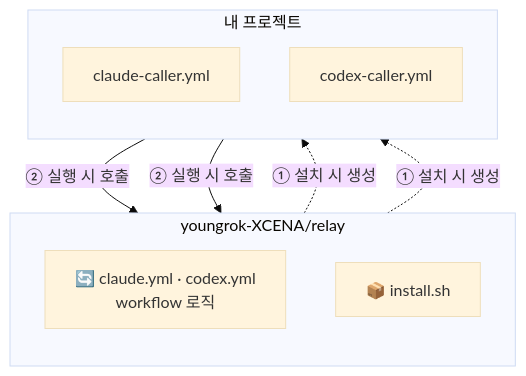
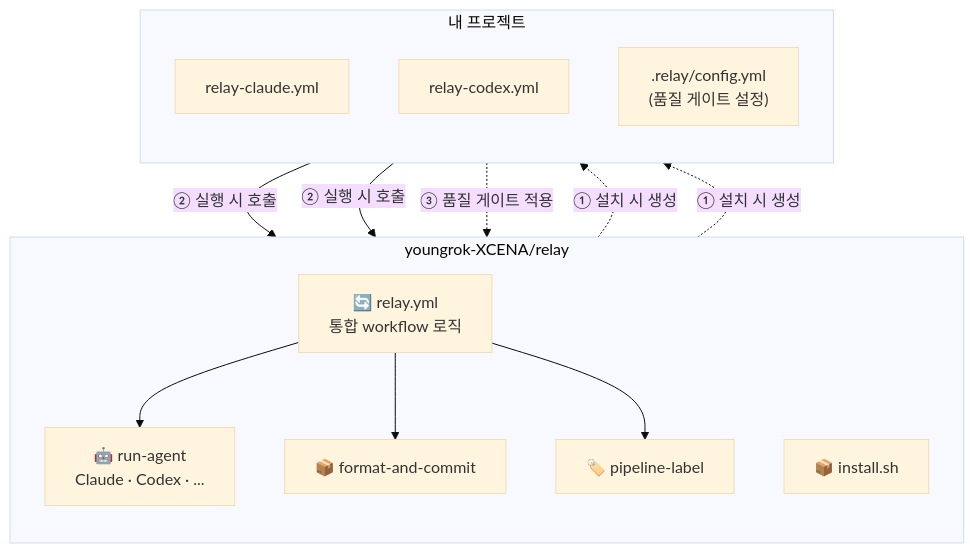
Before and after one commit to youngrok-XCENA/relay: the first of 2 diagrams in README.md, drawn with Mermaid (base theme). The commit also changed other lines of this file, not shown here.

````diff
--- a/README.md
+++ b/README.md
@@ -68,19 +68,27 @@
 ```mermaid
 graph TB
     subgraph central["youngrok-XCENA/relay"]
         direction TB
-        CW["🔄 claude.yml · codex.yml<br/>workflow 로직"]
+        CW["🔄 relay.yml<br/>통합 workflow 로직"]
+        RA["🤖 run-agent<br/>Claude · Codex · ..."]
+        FC["📦 format-and-commit"]
+        PL["🏷️ pipeline-label"]
         IS["📦 install.sh"]
     end
 
     subgraph target["내 프로젝트"]
         direction TB
-        CC["claude-caller.yml"]
-        XC["codex-caller.yml"]
+        RC["relay-claude.yml"]
+        RX["relay-codex.yml"]
+        CFG[".relay/config.yml<br/>(품질 게이트 설정)"]
     end
 
-    IS -.->|"① 설치 시 생성"| CC
-    IS -.->|"① 설치 시 생성"| XC
-    CC -->|"② 실행 시 호출"| CW
-    XC -->|"② 실행 시 호출"| CW
+    IS -.->|"① 설치 시 생성"| RC
+    IS -.->|"① 설치 시 생성"| RX
+    RC -->|"② 실행 시 호출"| CW
+    RX -->|"② 실행 시 호출"| CW
+    CW --> RA
+    CW --> FC
+    CW --> PL
+    CFG -.->|"③ 품질 게이트 적용"| CW
 ```
````
